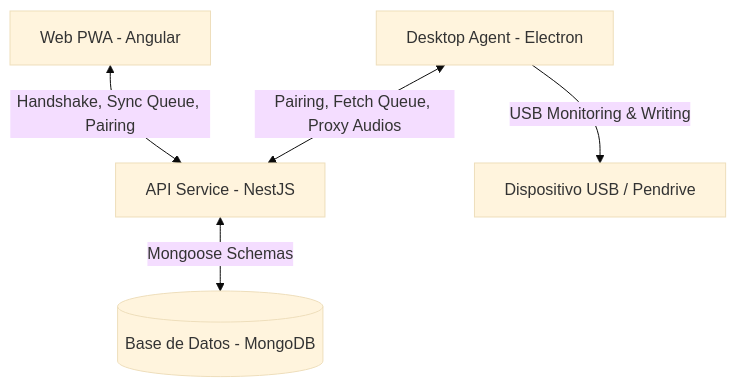
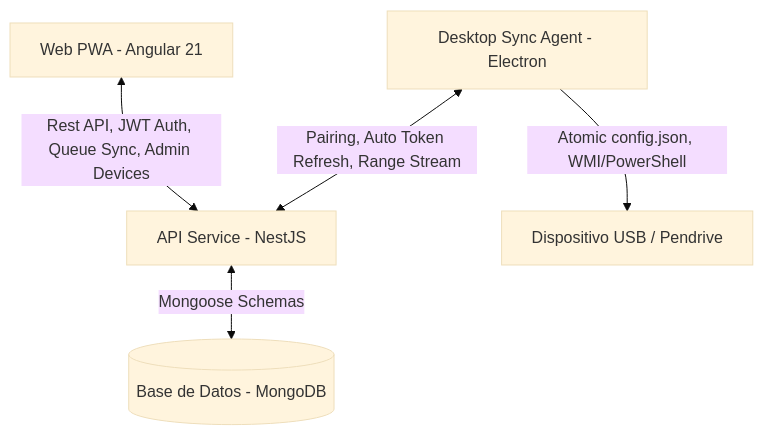
One commit to aremox/MyPodcast changed the diagram in DOCUMENTACION.md. Above: the diagram before and after it, drawn with Mermaid (base theme). The commit also changed other lines of this file and 1 other file, not shown here.

Commit message:
docs: update DOCUMENTACION.md and README.md with full architecture details and auto-update flow

````diff
--- a/DOCUMENTACION.md
+++ b/DOCUMENTACION.md
@@ -13,7 +13,7 @@
 ```mermaid
 graph TD
-    A[Web PWA - Angular] <-->|Handshake, Sync Queue, Pairing| B[API Service - NestJS]
+    A[Web PWA - Angular 21] <-->|Rest API, JWT Auth, Queue Sync, Admin Devices| B[API Service - NestJS]
     B <-->|Mongoose Schemas| C[(Base de Datos - MongoDB)]
-    D[Desktop Agent - Electron] <-->|Pairing, Fetch Queue, Proxy Audios| B
-    D -->|USB Monitoring & Writing| E[Dispositivo USB / Pendrive]
+    D[Desktop Sync Agent - Electron] <-->|Pairing, Auto Token Refresh, Range Stream| B
+    D -->|Atomic config.json, WMI/PowerShell| E[Dispositivo USB / Pendrive]
 ```
````
